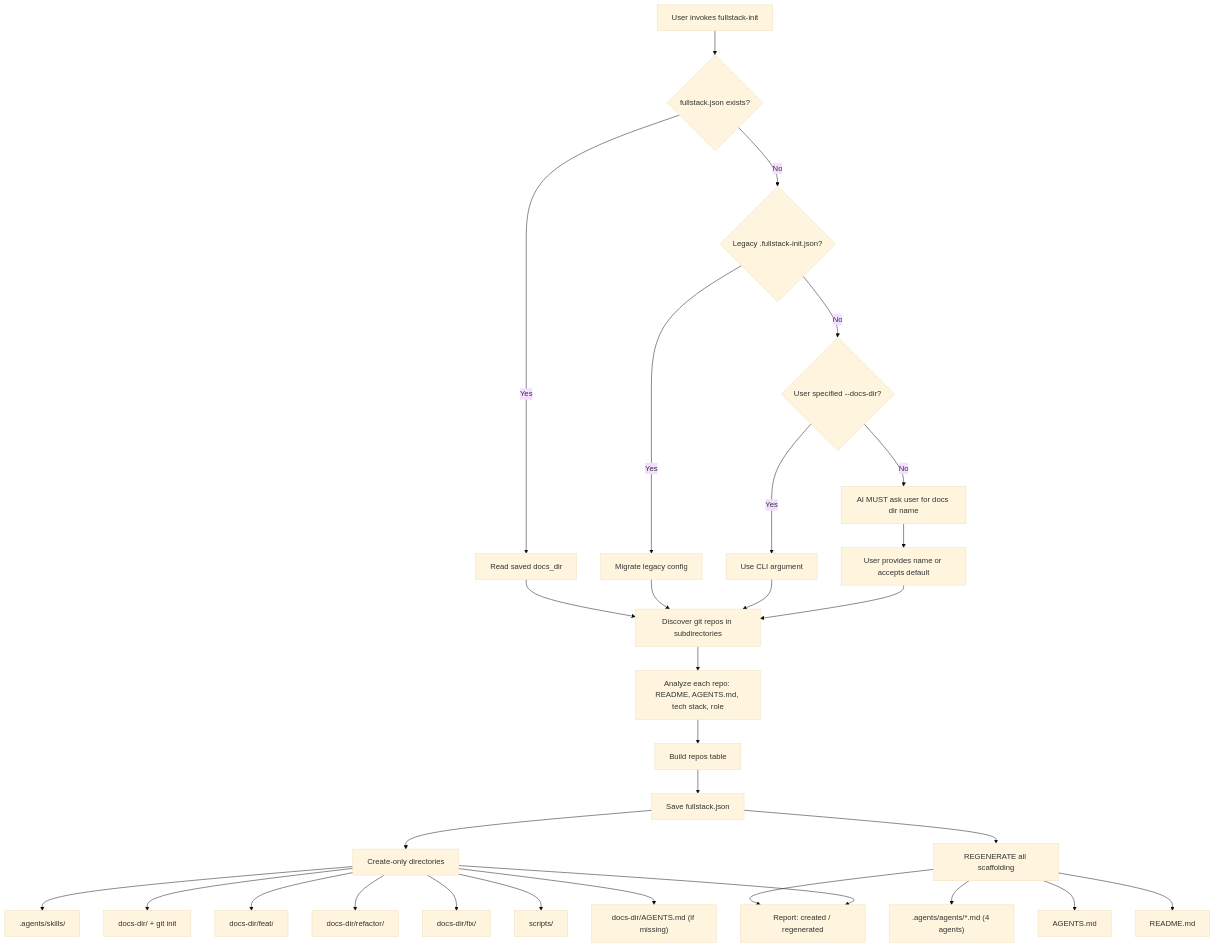
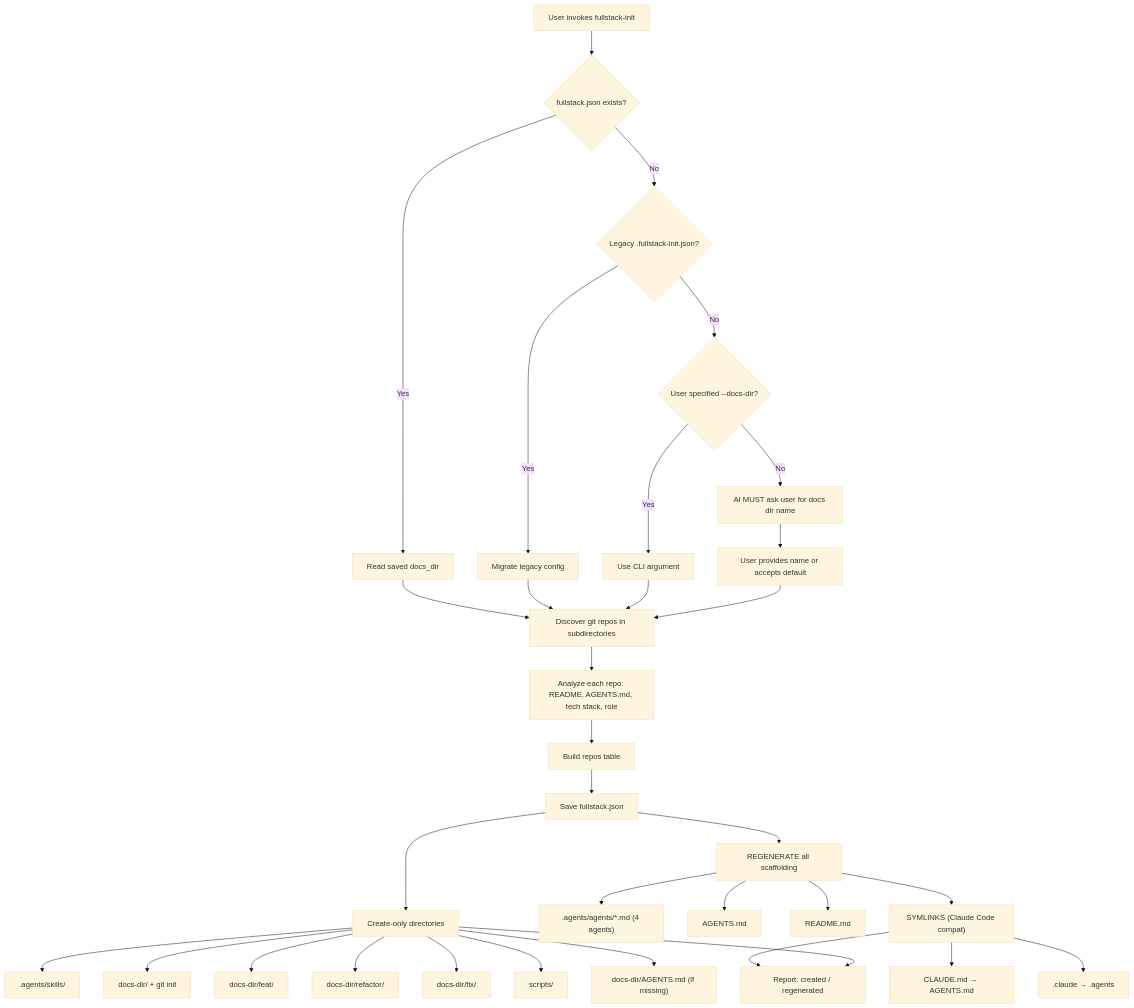
The diagram in docs/fullstack/FULLSTACK-INIT.md (jie-meng/mythril-agent-skills), drawn with Mermaid (base theme) before and after one commit. The commit also changed other lines of this file and 3 other files, not shown here.

Commit message:
[fullstack-init] Add Claude Code compatibility symlinks

````diff
--- a/docs/fullstack/FULLSTACK-INIT.md
+++ b/docs/fullstack/FULLSTACK-INIT.md
@@ -42,38 +42,42 @@
 ```mermaid
 flowchart TD
     A[User invokes fullstack-init] --> B{fullstack.json exists?}
     B -- Yes --> C[Read saved docs_dir]
     B -- No --> D{Legacy .fullstack-init.json?}
     D -- Yes --> E[Migrate legacy config]
     D -- No --> F{User specified --docs-dir?}
     F -- Yes --> G[Use CLI argument]
     F -- No --> H[AI MUST ask user for docs dir name]
     H --> I[User provides name or accepts default]
 
     C --> J[Discover git repos in subdirectories]
     E --> J
     G --> J
     I --> J
 
     J --> K[Analyze each repo: README, AGENTS.md, tech stack, role]
     K --> L[Build repos table]
 
     L --> P[Save fullstack.json]
 
     P --> Q[Create-only directories]
     Q --> Q1[.agents/skills/]
     Q --> Q3["docs-dir/ + git init"]
     Q --> Q4[docs-dir/feat/]
     Q --> Q5[docs-dir/refactor/]
     Q --> Q6[docs-dir/fix/]
     Q --> Q7[scripts/]
     Q --> Q8["docs-dir/AGENTS.md (if missing)"]
 
     P --> R["REGENERATE all scaffolding"]
     R --> R1[".agents/agents/*.md (4 agents)"]
     R --> R2[AGENTS.md]
     R --> R3[README.md]
 
-    R --> Y[Report: created / regenerated]
+    R --> S["SYMLINKS (Claude Code compat)"]
+    S --> S1["CLAUDE.md → AGENTS.md"]
+    S --> S2[".claude → .agents"]
+
+    S --> Y[Report: created / regenerated]
     Q --> Y
 ```
````
